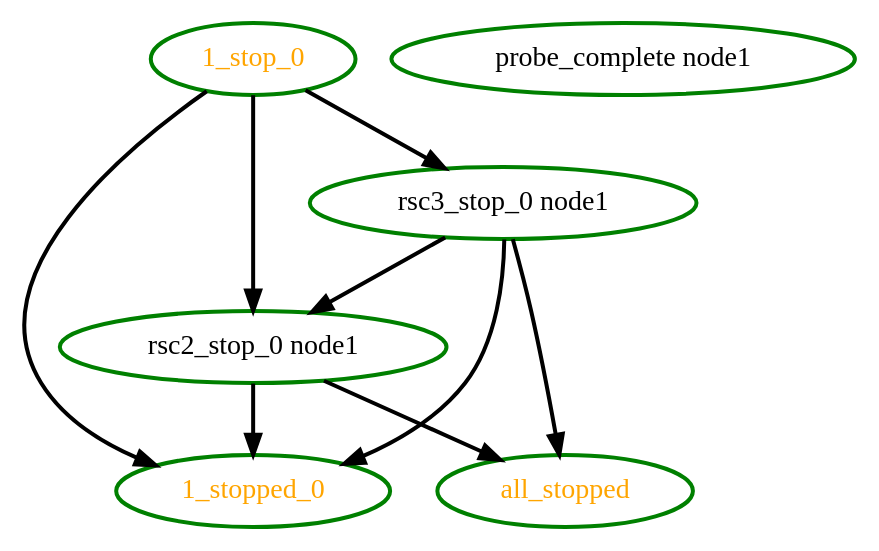
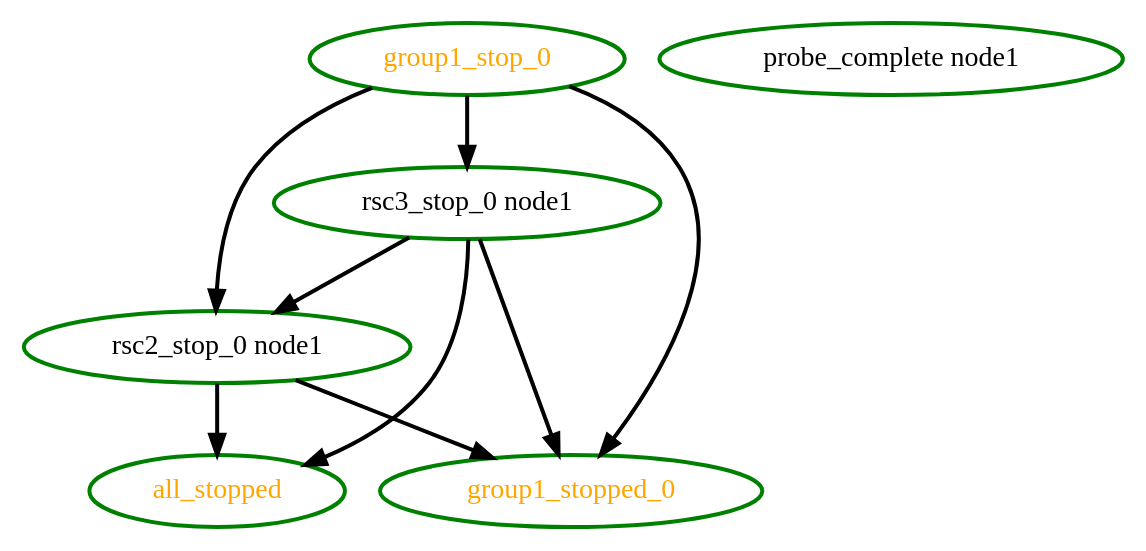
The diagram in pengine/testcases/group11.dot (linux-ha-japan/pm_diskd), drawn with Graphviz before and after one commit. The commit also changed 9 other files, not shown here.

```diff
--- a/pengine/testcases/group11.dot
+++ b/pengine/testcases/group11.dot
@@ -1,16 +1,16 @@
- digraph "g" {
-"1_stop_0" -> "1_stopped_0" [ style = bold]
-"1_stop_0" -> "rsc2_stop_0 node1" [ style = bold]
-"1_stop_0" -> "rsc3_stop_0 node1" [ style = bold]
-"1_stop_0" [ style=bold color="green" fontcolor="orange"  ]
-"1_stopped_0" [ style=bold color="green" fontcolor="orange"  ]
+digraph "g" {
 "all_stopped" [ style=bold color="green" fontcolor="orange"  ]
-"probe_complete node1" [ style=bold color="green" fontcolor="black" ]
-"rsc2_stop_0 node1" -> "1_stopped_0" [ style = bold]
+"group1_stop_0" -> "group1_stopped_0" [ style = bold]
+"group1_stop_0" -> "rsc2_stop_0 node1" [ style = bold]
+"group1_stop_0" -> "rsc3_stop_0 node1" [ style = bold]
+"group1_stop_0" [ style=bold color="green" fontcolor="orange"  ]
+"group1_stopped_0" [ style=bold color="green" fontcolor="orange"  ]
+"probe_complete node1" [ style=bold color="green" fontcolor="black"  ]
 "rsc2_stop_0 node1" -> "all_stopped" [ style = bold]
-"rsc2_stop_0 node1" [ style=bold color="green" fontcolor="black" ]
-"rsc3_stop_0 node1" -> "1_stopped_0" [ style = bold]
+"rsc2_stop_0 node1" -> "group1_stopped_0" [ style = bold]
+"rsc2_stop_0 node1" [ style=bold color="green" fontcolor="black"  ]
 "rsc3_stop_0 node1" -> "all_stopped" [ style = bold]
+"rsc3_stop_0 node1" -> "group1_stopped_0" [ style = bold]
 "rsc3_stop_0 node1" -> "rsc2_stop_0 node1" [ style = bold]
-"rsc3_stop_0 node1" [ style=bold color="green" fontcolor="black" ]
+"rsc3_stop_0 node1" [ style=bold color="green" fontcolor="black"  ]
 }
```
